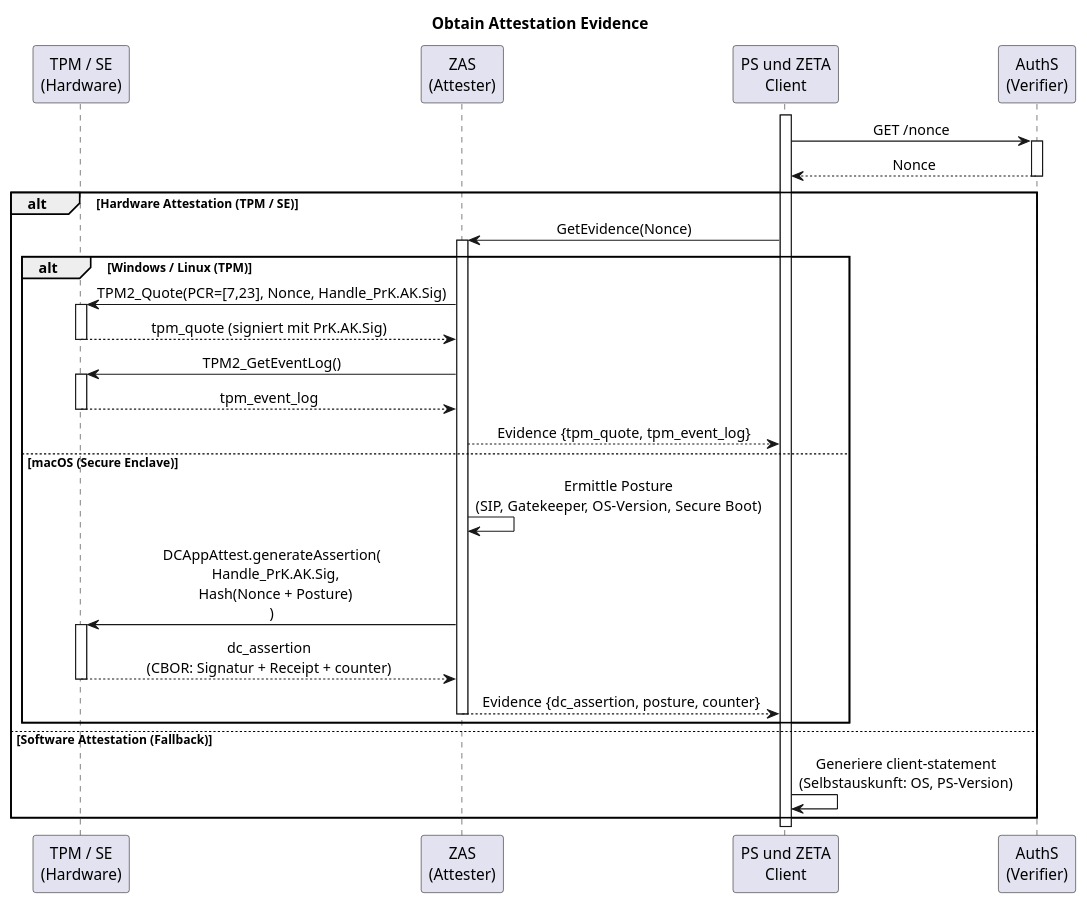
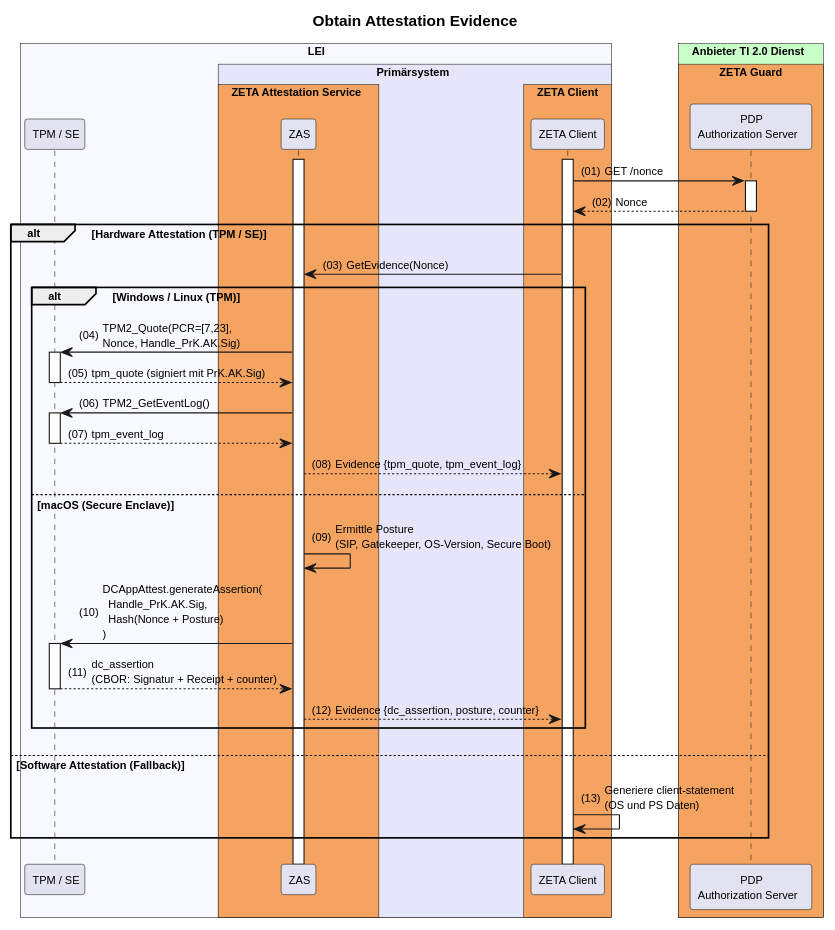
The diagram in src/plantuml/tmp/attestation-flows/obtain-attestation-evidence.puml (gematik/zeta), drawn with PlantUML before and after one commit. The commit also changed 7 other files, not shown here.

Commit message:
refactor: update and standardize PlantUML flow diagrams and split token exchange flows

```diff
--- a/src/plantuml/tmp/attestation-flows/obtain-attestation-evidence.puml
+++ b/src/plantuml/tmp/attestation-flows/obtain-attestation-evidence.puml
@@ -1,32 +1,57 @@
 @startuml "obtain-attestation-evidence"
-skinparam sequenceMessageAlign center
+autonumber "(00)"
+skinparam defaultFontSize 10
+skinparam defaultFontName Helvetica
+skinparam DefaultMonospacedFontName Courier
+skinparam lengthAdjust none
+skinparam sequenceReferenceBackgroundColor White
+skinparam SequenceReferenceFontSize 12
+skinparam sequenceMessageAlign left
+
 title Obtain Attestation Evidence
 
-participant "TPM / SE\n(Hardware)" as TPM
-participant "ZAS\n(Attester)" as ZAS
-participant "PS und ZETA\nClient" as Client
-participant "AuthS\n(Verifier)" as AuthS
+!pragma teoz true
+
+box "LEI" #GhostWhite
+  participant "TPM / SE" as TPM
+  box "Primärsystem" #Lavender
+    box "ZETA Attestation Service" #SandyBrown
+      participant ZAS as "ZAS"
+    end box
+    box "ZETA Client" #SandyBrown
+        participant Client as "ZETA Client"
+    end box    
+  end box
+end box
+
+box "Anbieter TI 2.0 Dienst" #TECHNOLOGY
+  box "ZETA Guard" #SandyBrown
+    participant AuthS as "PDP\nAuthorization Server" 
+  end box
+end box
+
 
 Client++
+ZAS++
 Client -> AuthS ++ : GET /nonce
 AuthS --> Client -- : Nonce
 
 alt Hardware Attestation (TPM / SE)
-    Client -> ZAS++ : GetEvidence(Nonce)
+    Client -> ZAS : GetEvidence(Nonce)
     alt Windows / Linux (TPM)
-        ZAS -> TPM++ : TPM2_Quote(PCR=[7,23], Nonce, Handle_PrK.AK.Sig)
+        ZAS -> TPM++ : TPM2_Quote(PCR=[7,23],\nNonce, Handle_PrK.AK.Sig)
         TPM --> ZAS -- : tpm_quote (signiert mit PrK.AK.Sig)
         ZAS -> TPM++ : TPM2_GetEventLog()
         TPM --> ZAS -- : tpm_event_log
         ZAS --> Client : Evidence {tpm_quote, tpm_event_log}
     else macOS (Secure Enclave)
         ZAS -> ZAS: Ermittle Posture\n(SIP, Gatekeeper, OS-Version, Secure Boot)
         ZAS -> TPM++ : DCAppAttest.generateAssertion(\n  Handle_PrK.AK.Sig,\n  Hash(Nonce + Posture)\n)
         TPM --> ZAS-- : dc_assertion\n(CBOR: Signatur + Receipt + counter)
-        ZAS --> Client-- : Evidence {dc_assertion, posture, counter}
+        ZAS --> Client : Evidence {dc_assertion, posture, counter}
     end
 else Software Attestation (Fallback)
-    Client -> Client: Generiere client-statement\n(Selbstauskunft: OS, PS-Version)
+    Client -> Client: Generiere client-statement\n(OS und PS Daten)
 end
 
 @enduml
```
